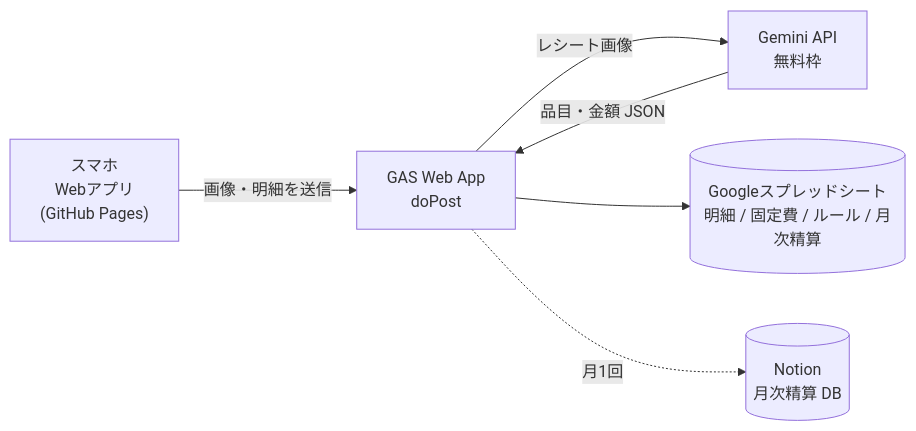
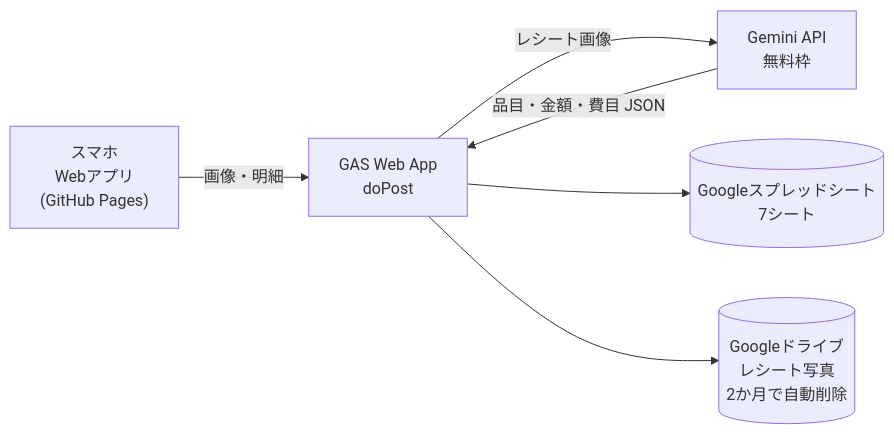
One commit to mitsu545/warikan-app changed the first of 7 diagrams in docs/spec.md. Above: the diagram before and after it, drawn with Mermaid. The commit also changed other lines of this file and 1 other file, not shown here.

````diff
--- a/docs/spec.md
+++ b/docs/spec.md
@@ -28,8 +50,8 @@
 ```mermaid
 flowchart LR
-  A["スマホ<br>Webアプリ<br>(GitHub Pages)"] -->|"画像・明細を送信"| B["GAS Web App<br>doPost"]
+  A["スマホ<br>Webアプリ<br>(GitHub Pages)"] -->|"画像・明細"| B["GAS Web App<br>doPost"]
   B -->|"レシート画像"| G["Gemini API<br>無料枠"]
-  G -->|"品目・金額 JSON"| B
-  B --> S[("Googleスプレッドシート<br>明細 / 固定費 / ルール / 月次精算")]
-  B -.月1回.-> N[("Notion<br>月次精算 DB")]
+  G -->|"品目・金額・費目 JSON"| B
+  B --> S[("Googleスプレッドシート<br>7シート")]
+  B --> D[("Googleドライブ<br>レシート写真<br>2か月で自動削除")]
 ```
````
